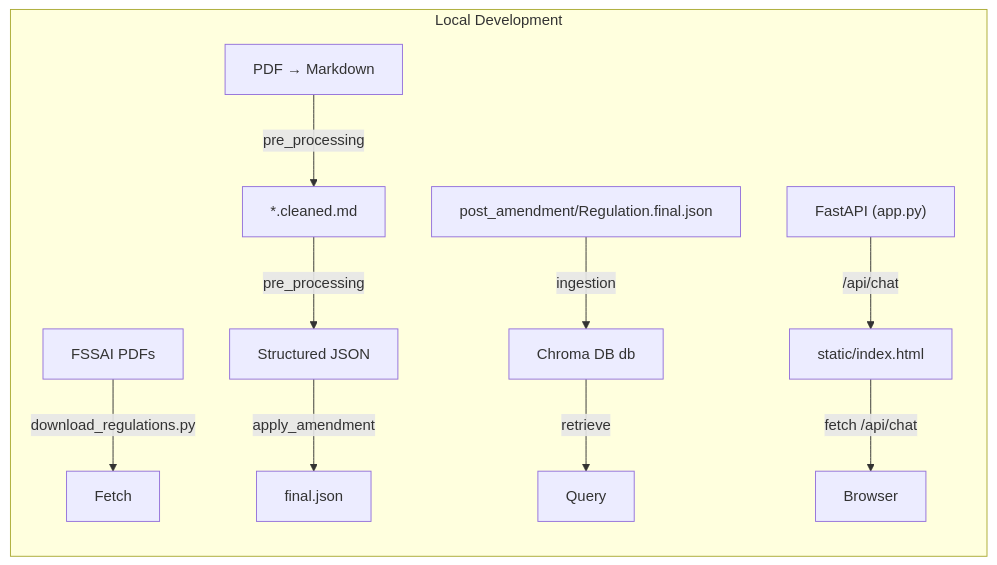
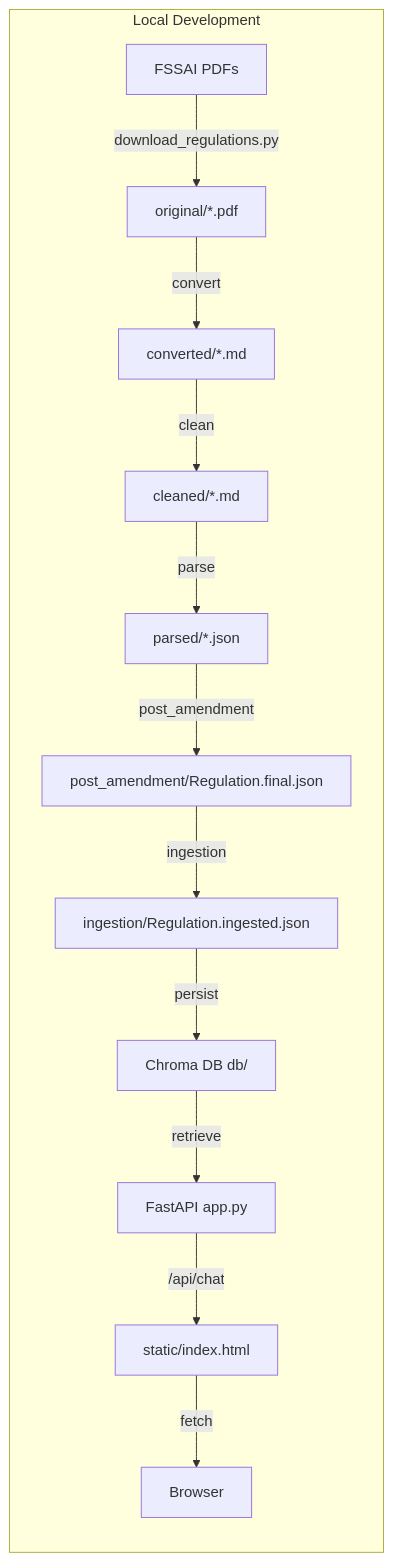
One commit to dumbbellcode/fss-ai changed the first of 3 diagrams in README.md. Above: the diagram before and after it, drawn with Mermaid. The commit also changed other lines of this file, not shown here.

Commit message:
docs: show output directories in the local development diagram
The local diagram now names the directory each stage writes to
(original/ -> converted/ -> cleaned/ -> parsed/ -> post_amendment/ ->
ingestion/ -> db/) so it matches the actual pipeline. Note the per-regulation
directory prefix and the manifest used for incremental re-runs.

````diff
--- a/README.md
+++ b/README.md
@@ -63,14 +63,16 @@
 ```mermaid
 flowchart TD
     subgraph Local ["Local Development"]
         direction TB
-        PDFs["FSSAI PDFs"] -->|download_regulations.py| Fetch
-        Convert["PDF → Markdown"] -->|pre_processing| Cleaned
-        Cleaned["*.cleaned.md"] -->|pre_processing| Parse
-        Parse["Structured JSON"] -->|apply_amendment| final.json
-        final["post_amendment/Regulation.final.json"] -->|ingestion| ChromaDB
-        ChromaDB["Chroma DB db"] -->|retrieve| Query
-        FastAPI["FastAPI (app.py)"] -->|/api/chat| UI
-        UI["static/index.html"] -->|fetch /api/chat| Browser
+        PDFs["FSSAI PDFs"] -->|download_regulations.py| Original["original/*.pdf"]
+        Original -->|convert| Converted["converted/*.md"]
+        Converted -->|clean| Cleaned["cleaned/*.md"]
+        Cleaned -->|parse| Parsed["parsed/*.json"]
+        Parsed -->|post_amendment| Final["post_amendment/Regulation.final.json"]
+        Final -->|ingestion| Ingested["ingestion/Regulation.ingested.json"]
+        Ingested -->|persist| Store["Chroma DB db/"]
+        Store -->|retrieve| Chat["FastAPI app.py"]
+        Chat -->|/api/chat| UI["static/index.html"]
+        UI -->|fetch| Browser["Browser"]
     end
 ```
````
